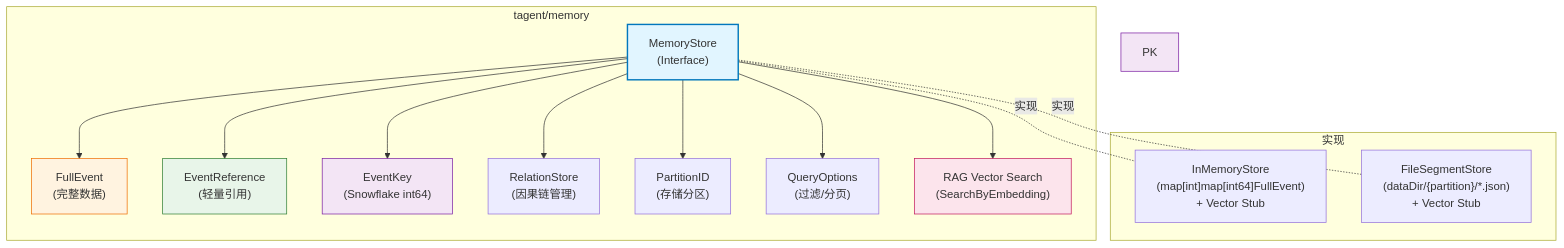
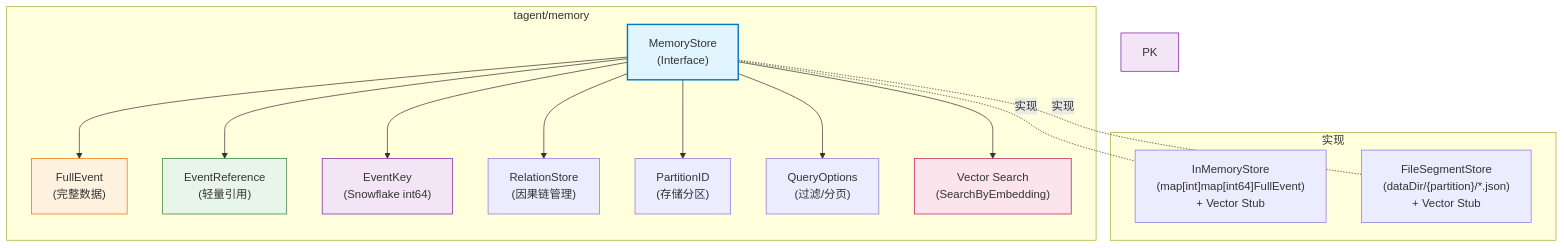
The first of 5 diagrams in docs/wiki/memory/memory-architecture.md (SpellingDragon/tagent), drawn with Mermaid before and after one commit. The commit also changed other lines of this file and 320 other files, not shown here.

````diff
--- a/docs/wiki/memory/memory-architecture.md
+++ b/docs/wiki/memory/memory-architecture.md
@@ -38,36 +38,36 @@
 ```mermaid
 graph TB
     subgraph "tagent/memory"
         MS["MemoryStore\n(Interface)"]
         FE["FullEvent\n(完整数据)"]
         ER["EventReference\n(轻量引用)"]
         EK["EventKey\n(Snowflake int64)"]
         RS["RelationStore\n(因果链管理)"]
         PID["PartitionID\n(存储分区)"]
         QO["QueryOptions\n(过滤/分页)"]
-        RAG["RAG Vector Search\n(SearchByEmbedding)"]
+        RAG["Vector Search\n(SearchByEmbedding)"]
     end
 
     subgraph "实现"
         IM["InMemoryStore\n(map[int]map[int64]FullEvent)\n+ Vector Stub"]
         FB["FileSegmentStore\n(dataDir/{partition}/*.json)\n+ Vector Stub"]
     end
 
     MS --> FE
     MS --> ER
     MS --> EK
     MS --> RS
     MS --> PID
     MS --> QO
     MS --> RAG
 
     MS -.-|"实现"| IM
     MS -.-|"实现"| FB
 
     style MS fill:#e1f5ff,stroke:#0277bd,stroke-width:2px
     style FE fill:#fff3e0,stroke:#ef6c00
     style ER fill:#e8f5e9,stroke:#2e7d32
     style EK fill:#f3e5f5,stroke:#7b1fa2
     style PK fill:#f3e5f5,stroke:#7b1fa2
     style RAG fill:#fce4ec,stroke:#c2185b
 ```
````
